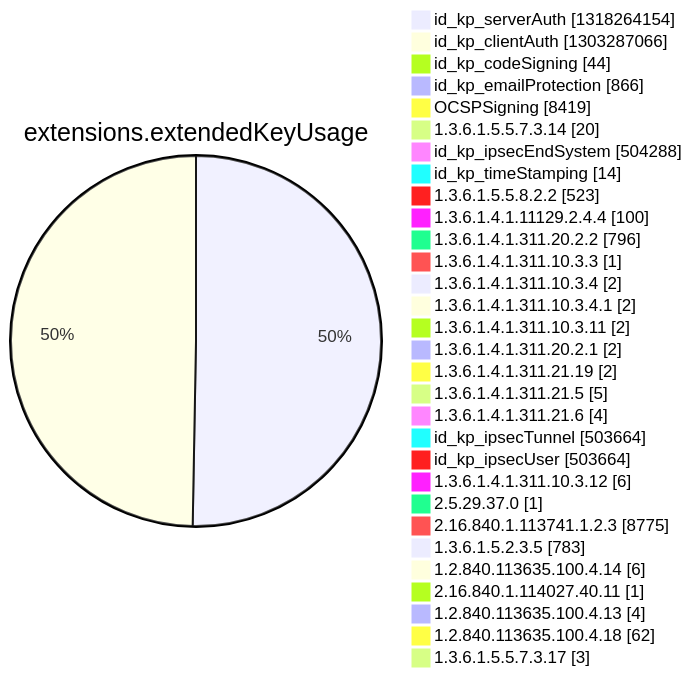
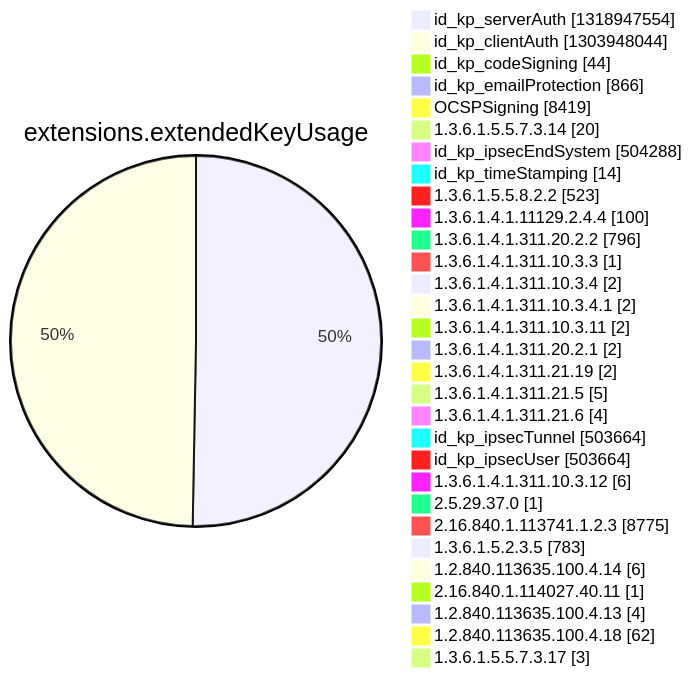
Before and after one commit to christiankrug/ctmonitor_visualization: diagram 12 of 15 in argon2022/README.md, drawn with Mermaid. The commit also changed other lines of this file, not shown here.

````diff
--- a/argon2022/README.md
+++ b/argon2022/README.md
@@ -3552,34 +3552,34 @@
 ```mermaid
 pie showData
 title extensions.extendedKeyUsage
-"id_kp_serverAuth" :1318264154
-"id_kp_clientAuth" :1303287066
+"id_kp_serverAuth" :1318947554
+"id_kp_clientAuth" :1303948044
 "id_kp_codeSigning" :44
 "id_kp_emailProtection" :866
 "OCSPSigning" :8419
 "1.3.6.1.5.5.7.3.14" :20
 "id_kp_ipsecEndSystem" :504288
 "id_kp_timeStamping" :14
 "1.3.6.1.5.5.8.2.2" :523
 "1.3.6.1.4.1.11129.2.4.4" :100
 "1.3.6.1.4.1.311.20.2.2" :796
 "1.3.6.1.4.1.311.10.3.3" :1
 "1.3.6.1.4.1.311.10.3.4" :2
 "1.3.6.1.4.1.311.10.3.4.1" :2
 "1.3.6.1.4.1.311.10.3.11" :2
 "1.3.6.1.4.1.311.20.2.1" :2
 "1.3.6.1.4.1.311.21.19" :2
 "1.3.6.1.4.1.311.21.5" :5
 "1.3.6.1.4.1.311.21.6" :4
 "id_kp_ipsecTunnel" :503664
 "id_kp_ipsecUser" :503664
 "1.3.6.1.4.1.311.10.3.12" :6
 "2.5.29.37.0" :1
 "2.16.840.1.113741.1.2.3" :8775
 "1.3.6.1.5.2.3.5" :783
 "1.2.840.113635.100.4.14" :6
 "2.16.840.1.114027.40.11" :1
 "1.2.840.113635.100.4.13" :4
 "1.2.840.113635.100.4.18" :62
 "1.3.6.1.5.5.7.3.17" :3
 ```
````
